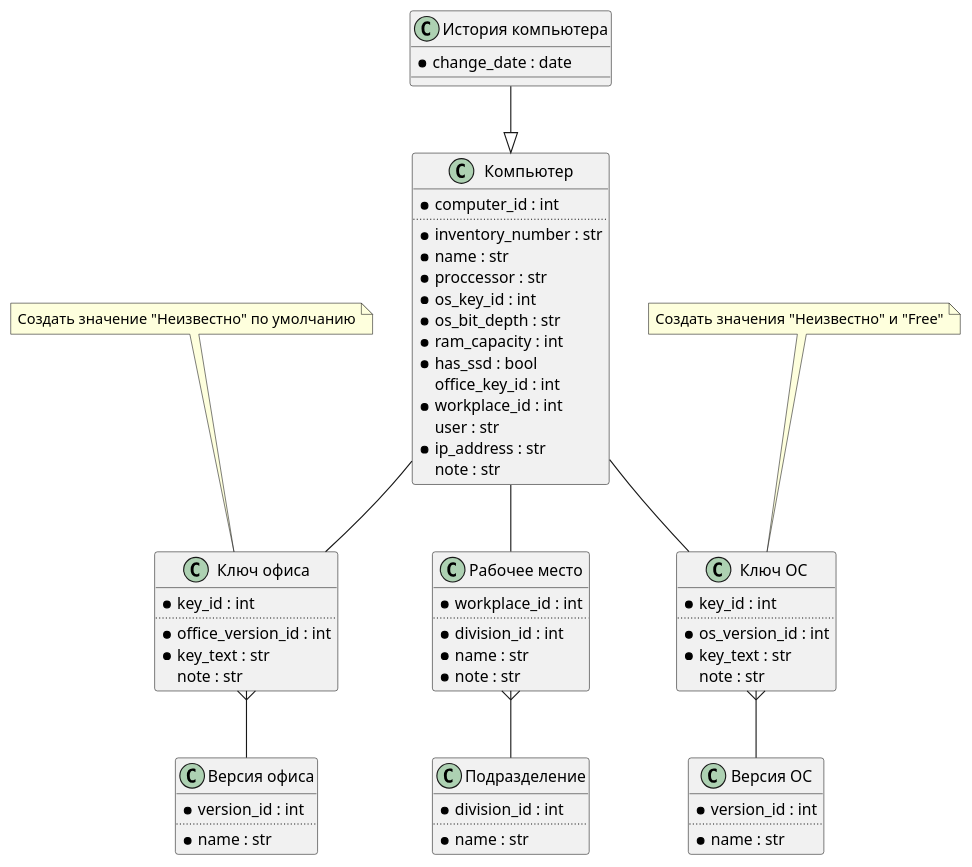
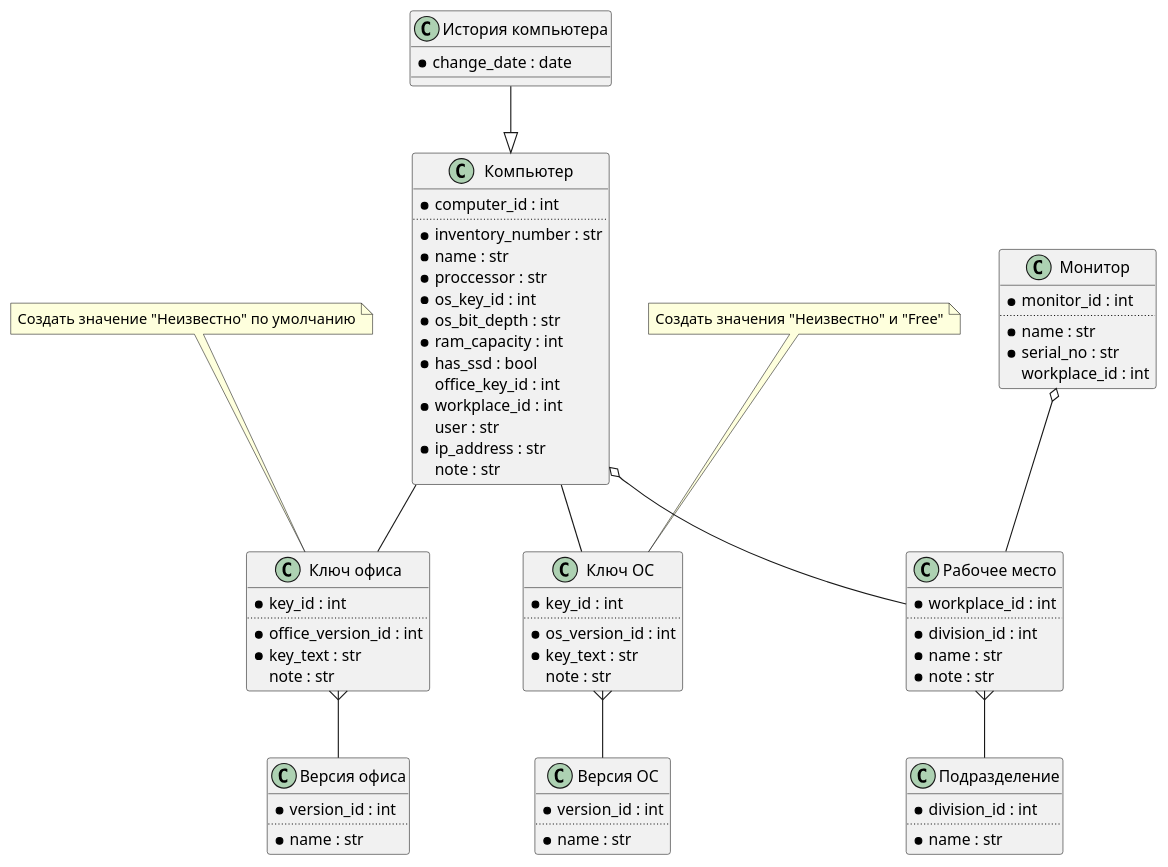
Before and after one commit to IamEvrik/ipce: the diagram in database.plantuml, drawn with PlantUML. The commit also changed 4 other files, not shown here.

```diff
--- a/database.plantuml
+++ b/database.plantuml
@@ -1,77 +1,85 @@
 @startuml
 
 class "Версия офиса" as OfficeVersion {
 	{field} *version_id : int
 	..
 	{field} *name : str
 }
 
 class "Ключ офиса" as OfficeKey {
 	{field} *key_id : int
 	..
 	{field} *office_version_id : int
 	{field} *key_text : str
 	{field} note : str
 }
 note Top of OfficeKey : Создать значение "Неизвестно" по умолчанию
 
 class "Версия ОС" as OSVersion {
 	{field} *version_id : int
 	..
 	{field} *name : str
 }
 
 class "Ключ ОС" as OSKey {
 	{field} *key_id : int
 	..
 	{field} *os_version_id : int
 	{field} *key_text : str
 	{field} note : str
 }
 note Top of OSKey : Создать значения "Неизвестно" и "Free"
 
 class "Подразделение" as Division {
 	{field} *division_id : int
 	..
 	{field} *name : str
 }
 
 class "Рабочее место" as WorkPlace {
 	{field} *workplace_id : int
 	..
 	{field} *division_id : int
 	{field} *name : str
 	{field} *note : str
 } 
 
 class "Компьютер" as Computer {
 	{field} *computer_id : int
 	..
 	{field} *inventory_number : str
 	{field} *name : str
 	{field} *proccessor : str
 	{field} *os_key_id : int
 	{field} *os_bit_depth : str
 	{field} *ram_capacity : int
 	{field} *has_ssd : bool
 	{field} office_key_id : int
 	{field} *workplace_id : int
 	{field} user : str
 	{field} *ip_address : str
 	{field} note : str
 }	
 
 class "История компьютера" as ComputerHistory {
 	{field} *change_date : date
 }
 
+class "Монитор" as Monitor {
+	{field} *monitor_id : int
+	..
+	{field} *name : str
+	{field} *serial_no : str
+	{field} workplace_id : int
+}
 		
 OfficeKey }-- OfficeVersion
 OSKey }-- OSVersion
 WorkPlace }-- Division	
 Computer -- OSKey
 Computer -- OfficeKey
-Computer -- WorkPlace	
+Computer o-- WorkPlace	
 ComputerHistory --|> Computer
+Monitor o-- WorkPlace
 
 @enduml
```
